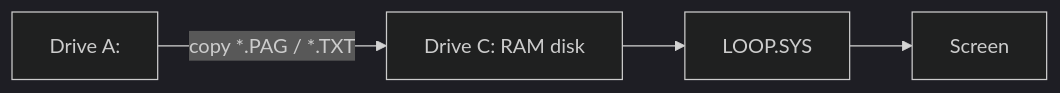
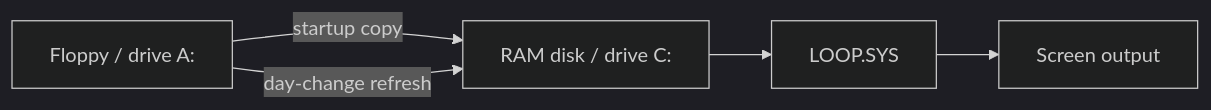
Before and after one commit to Ritbit/MSX-Kabelkrant: the diagram in docs/08-RAMDISK.md, drawn with Mermaid (dark theme). The commit also changed other lines of this file and 15 other files, not shown here.

````diff
--- a/docs/08-RAMDISK.md
+++ b/docs/08-RAMDISK.md
@@ -32,6 +49,7 @@
 ```mermaid
 flowchart LR
-    A[Drive A:] -->|copy *.PAG / *.TXT| C[Drive C: RAM disk]
+    A[Floppy / drive A:] -->|startup copy| C[RAM disk / drive C:]
+    A -->|day-change refresh| C
     C --> L[LOOP.SYS]
-    L --> S[Screen]
+    L --> S[Screen output]
 ```
````
